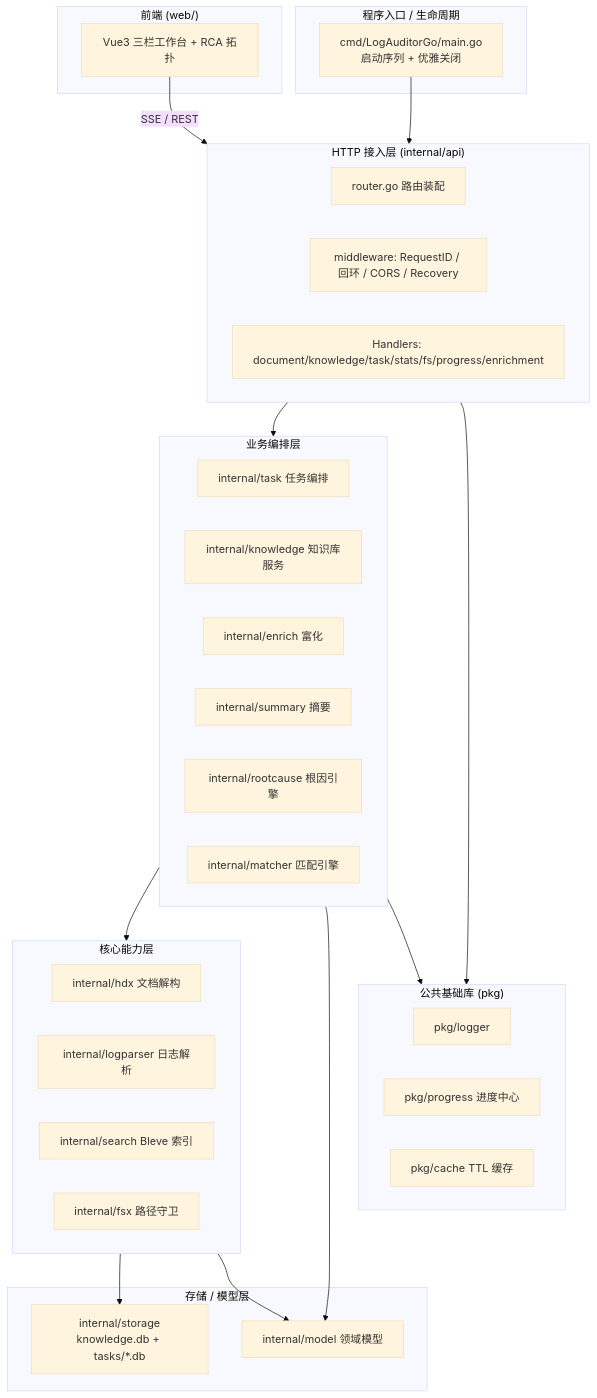
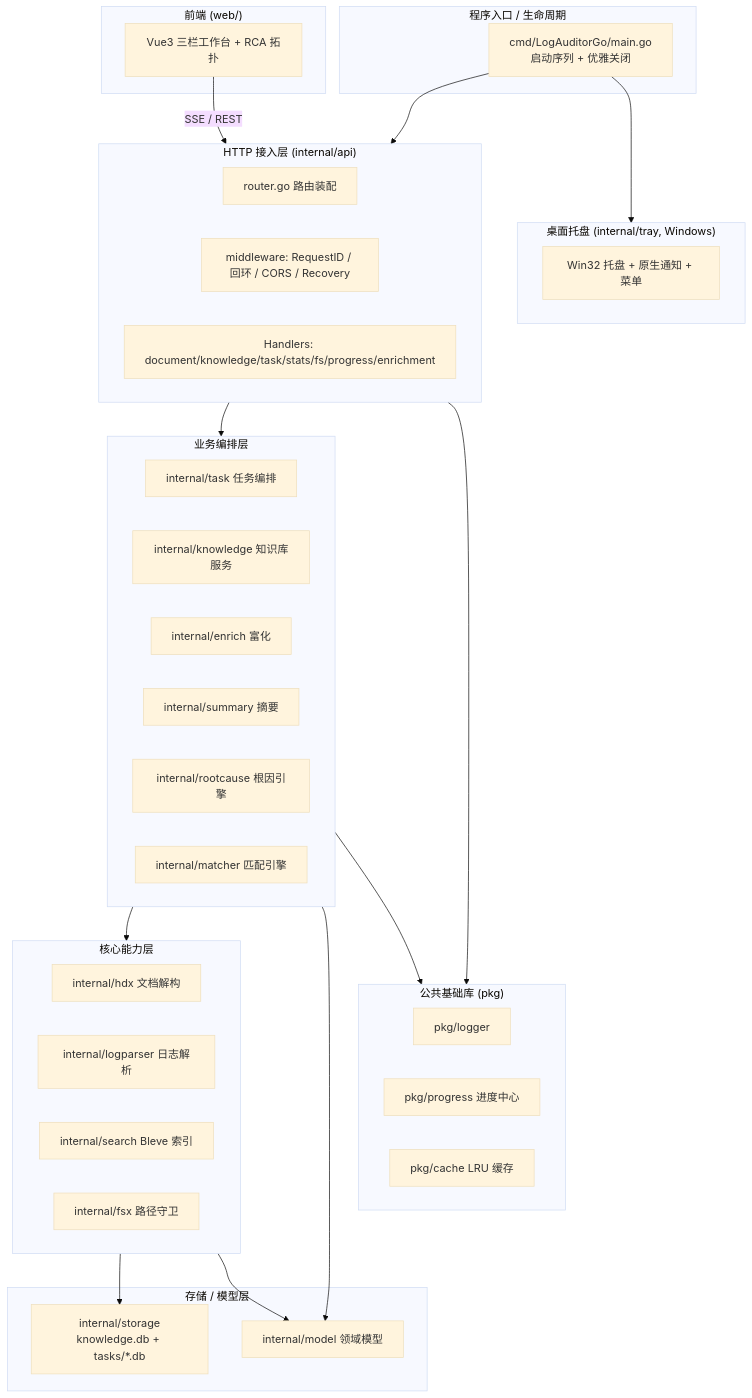
One commit to DeavorWei/LogAuditorGo changed the diagram in docs/架构与模块说明书.md. Above: the diagram before and after it, drawn with Mermaid (base theme). The commit also changed other lines of this file and 2 other files, not shown here.

````diff
--- a/docs/架构与模块说明书.md
+++ b/docs/架构与模块说明书.md
@@ -70,53 +71,58 @@
 ```mermaid
 flowchart TD
     subgraph CLI["程序入口 / 生命周期"]
         M["cmd/LogAuditorGo/main.go<br/>启动序列 + 优雅关闭"]
     end
 
     subgraph API["HTTP 接入层 (internal/api)"]
         R["router.go 路由装配"]
         MW["middleware: RequestID / 回环 / CORS / Recovery"]
         H["Handlers: document/knowledge/task/stats/fs/progress/enrichment"]
     end
 
     subgraph BIZ["业务编排层"]
         TASK["internal/task 任务编排"]
         KNOW["internal/knowledge 知识库服务"]
         ENR["internal/enrich 富化"]
         SUM["internal/summary 摘要"]
         RCA["internal/rootcause 根因引擎"]
         MAT["internal/matcher 匹配引擎"]
     end
 
     subgraph CORE["核心能力层"]
         HDX["internal/hdx 文档解构"]
         LP["internal/logparser 日志解析"]
         SRCH["internal/search Bleve 索引"]
         FSX["internal/fsx 路径守卫"]
     end
 
     subgraph DATA["存储 / 模型层"]
         STORE["internal/storage<br/>knowledge.db + tasks/*.db"]
         MODEL["internal/model 领域模型"]
     end
 
     subgraph INFRA["公共基础库 (pkg)"]
         LOG["pkg/logger"]
         PROG["pkg/progress 进度中心"]
-        CACHE["pkg/cache TTL 缓存"]
+        CACHE["pkg/cache LRU 缓存"]
+    end
+
+    subgraph TRAY["桌面托盘 (internal/tray, Windows)"]
+        TW["Win32 托盘 + 原生通知 + 菜单"]
     end
 
     subgraph FE["前端 (web/)"]
         VUE["Vue3 三栏工作台 + RCA 拓扑"]
     end
 
     VUE -->|SSE / REST| API
     M --> API
+    M --> TRAY
     API --> BIZ
     BIZ --> CORE
     CORE --> STORE
     BIZ --> MODEL
     CORE --> MODEL
     BIZ --> INFRA
     API --> INFRA
 ```
````
